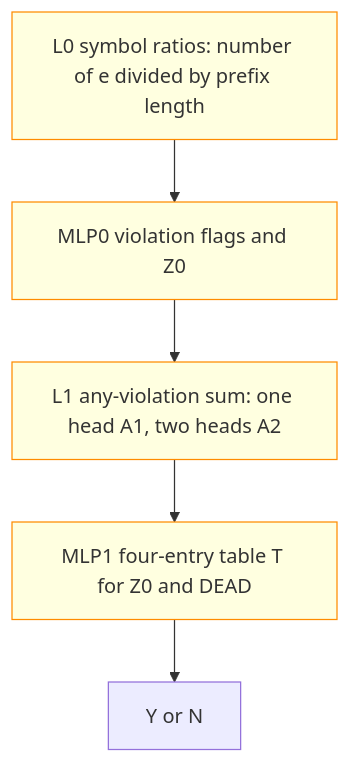
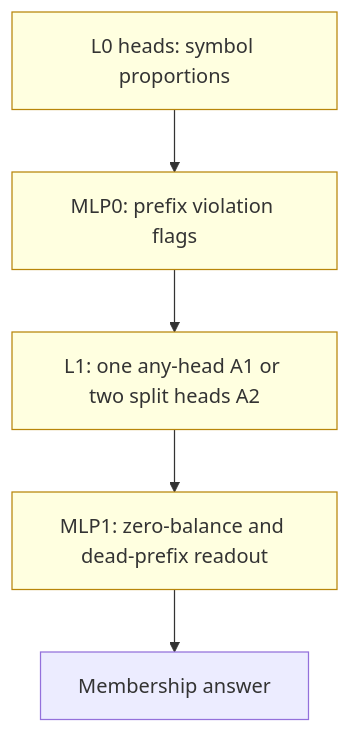
The second of 2 diagrams in entries/counter-languages.md (jc1122/mechanistic-interpretability-circuit-atlas), drawn with Mermaid before and after one commit. The commit also changed other lines of this file and 54 other files, not shown here.

````diff
--- a/entries/counter-languages.md
+++ b/entries/counter-languages.md
@@ -146,9 +110,9 @@
 ```mermaid
 flowchart TD
-  A["L0 symbol ratios: number of e divided by prefix length"] --> B["MLP0 violation flags and Z0"]
-  B --> C["L1 any-violation sum: one head A1, two heads A2"]
-  C --> D["MLP1 four-entry table T for Z0 and DEAD"]
-  D --> E["Y or N"]
-  classDef trained fill:lightyellow,stroke:darkorange
+  A["L0 heads: symbol proportions"] --> B["MLP0: prefix violation flags"]
+  B --> C["L1: one any-head A1 or two split heads A2"]
+  C --> D["MLP1: zero-balance and dead-prefix readout"]
+  D --> E["Membership answer"]
+  classDef trained fill:lightyellow,stroke:darkgoldenrod
   class A,B,C,D trained
 ```
````
